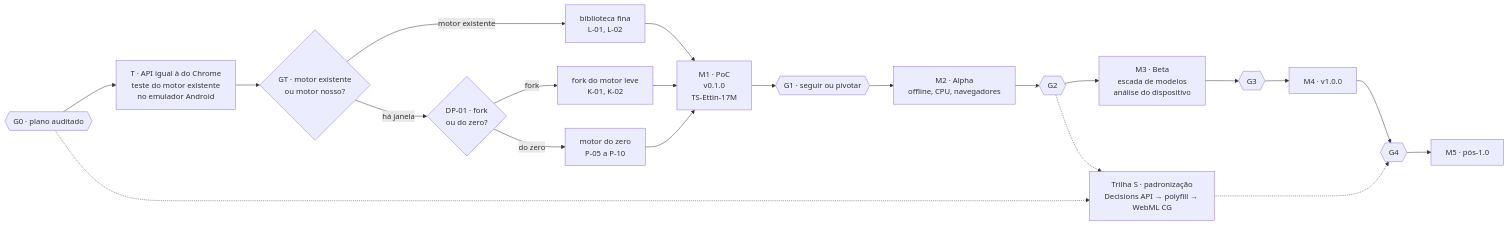
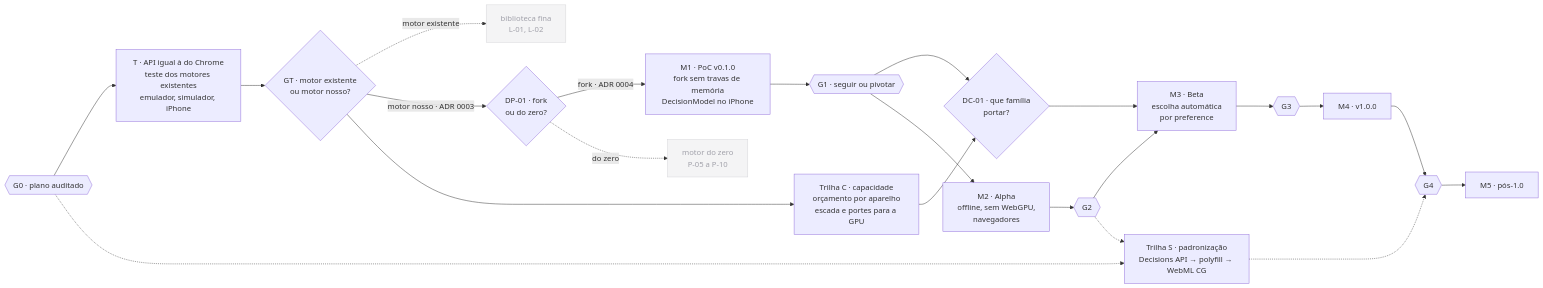
The first of 10 diagrams in ROADMAP.md (frederico-kluser/som-webcore), drawn with Mermaid before and after one commit. The commit also changed other lines of this file and 6 other files, not shown here.

First line of the commit message:
docs(roadmap): modelos maiores sem travas de memória (#31)

````diff
--- a/ROADMAP.md
+++ b/ROADMAP.md
@@ -77,23 +78,25 @@
 ```mermaid
 flowchart LR
-    G0{{"G0 · plano auditado"}} --> MT["T · API igual à do Chrome<br/>teste do motor existente<br/>no emulador Android"]
+    G0{{"G0 · plano auditado"}} --> MT["T · API igual à do Chrome<br/>teste dos motores existentes<br/>emulador, simulador, iPhone"]
     MT --> GT{"GT · motor existente<br/>ou motor nosso?"}
-    GT -->|"motor existente"| ML["biblioteca fina<br/>L-01, L-02"]
-    GT -->|"há janela"| DP{"DP-01 · fork<br/>ou do zero?"}
-    DP -->|"fork"| MK["fork do motor leve<br/>K-01, K-02"]
-    DP -->|"do zero"| MP["motor do zero<br/>P-05 a P-10"]
-    ML --> M1["M1 · PoC<br/>v0.1.0<br/>TS-Ettin-17M"]
-    MK --> M1
-    MP --> M1
+    GT -.->|"motor existente"| ML["biblioteca fina<br/>L-01, L-02"]:::off
+    GT -->|"motor nosso · ADR 0003"| DP{"DP-01 · fork<br/>ou do zero?"}
+    DP -->|"fork · ADR 0004"| M1["M1 · PoC v0.1.0<br/>fork sem travas de memória<br/>DecisionModel no iPhone"]
+    DP -.->|"do zero"| MP["motor do zero<br/>P-05 a P-10"]:::off
     M1 --> G1{{"G1 · seguir ou pivotar"}}
-    G1 --> M2["M2 · Alpha<br/>offline, CPU, navegadores"]
+    GT --> C["Trilha C · capacidade<br/>orçamento por aparelho<br/>escada e portes para a GPU"]
+    G1 --> DC{"DC-01 · que família<br/>portar?"}
+    C --> DC
+    G1 --> M2["M2 · Alpha<br/>offline, sem WebGPU,<br/>navegadores"]
     M2 --> G2{{"G2"}}
-    G2 --> M3["M3 · Beta<br/>escada de modelos<br/>análise do dispositivo"]
+    G2 --> M3["M3 · Beta<br/>escolha automática<br/>por preference"]
+    DC --> M3
     M3 --> G3{{"G3"}}
     G3 --> M4["M4 · v1.0.0"]
     M4 --> G4{{"G4"}}
     G4 --> M5["M5 · pós-1.0"]
     G0 -.-> S["Trilha S · padronização<br/>Decisions API → polyfill → WebML CG"]
     G2 -.-> S
     S -.-> G4
+    classDef off fill:#f4f4f5,stroke:#d4d4d8,color:#a1a1aa;
 ```
````
